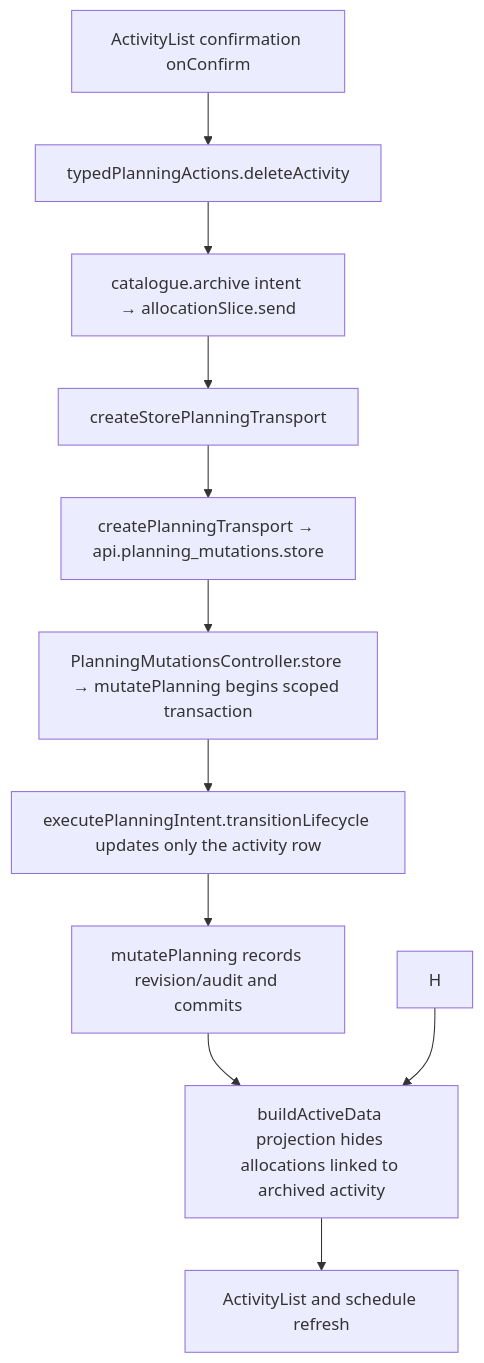
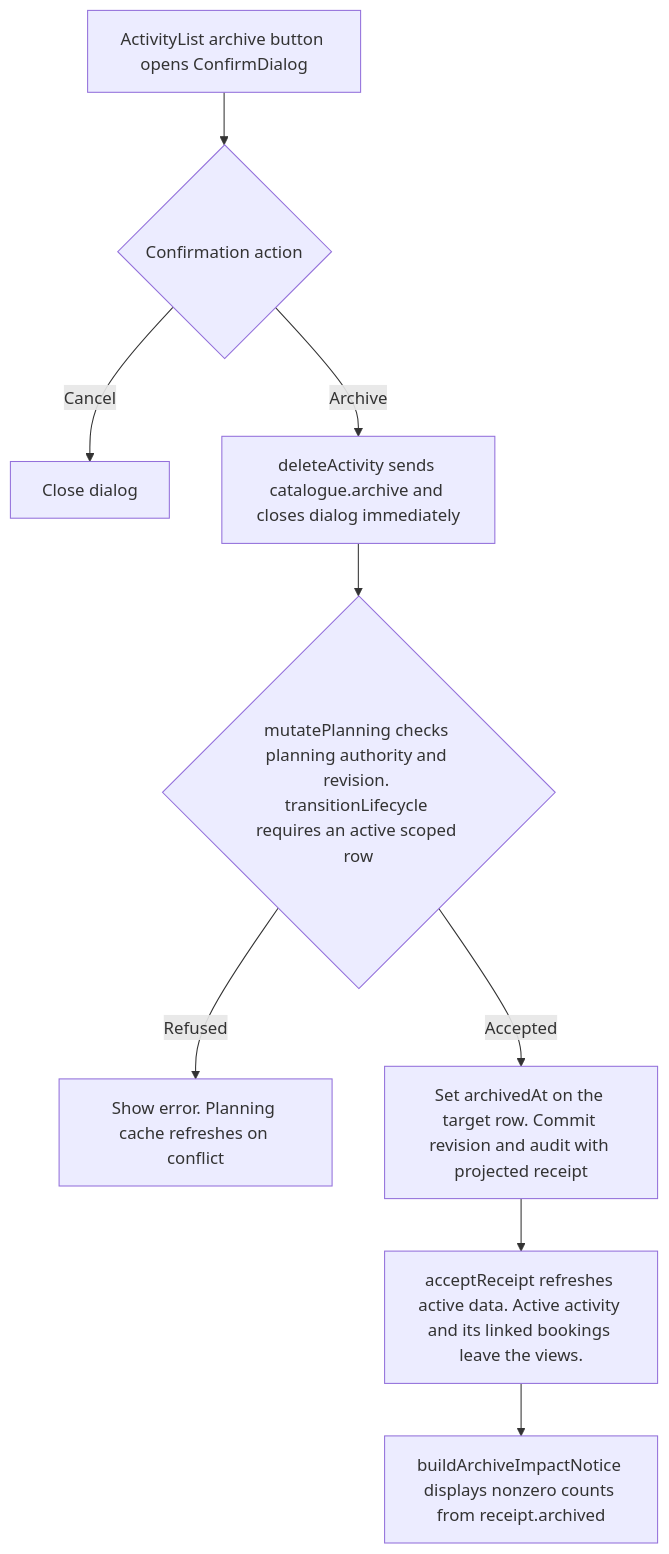
Before and after one commit to Kevinjohn/capacitylens: the second of 2 diagrams in user-stories/activities/US-ACT-04-delete-activity-cascade.md, drawn with Mermaid. The commit also changed other lines of this file and 172 other files, not shown here.

Commit message:
docs: reconcile user story code flows with source

````diff
--- a/user-stories/activities/US-ACT-04-delete-activity-cascade.md
+++ b/user-stories/activities/US-ACT-04-delete-activity-cascade.md
@@ -30,8 +30,11 @@
 ```mermaid
 flowchart TD
-  A["ActivityList confirmation onConfirm"] --> B["typedPlanningActions.deleteActivity"] --> C["catalogue.archive intent → allocationSlice.send"]
-  C --> D["createStorePlanningTransport"]
-  D --> E["createPlanningTransport → api.planning_mutations.store"] --> F["PlanningMutationsController.store → mutatePlanning begins scoped transaction"] --> G["executePlanningIntent.transitionLifecycle updates only the activity row"] --> K["mutatePlanning records revision/audit and commits"]
-  K --> L["buildActiveData projection hides allocations linked to archived activity"] --> I["ActivityList and schedule refresh"]
-  H --> L
+  ENTRY["ActivityList archive button opens ConfirmDialog"] --> CHOICE{"Confirmation action"}
+  CHOICE -->|Cancel| CLOSE["Close dialog"]
+  CHOICE -->|Archive| SEND["deleteActivity sends catalogue.archive and closes dialog immediately"]
+  SEND --> SERVER{"mutatePlanning checks planning authority and revision. transitionLifecycle requires an active scoped row"}
+  SERVER -->|Refused| ERROR["Show error. Planning cache refreshes on conflict"]
+  SERVER -->|Accepted| WRITE["Set archivedAt on the target row. Commit revision and audit with projected receipt"]
+  WRITE --> NEXT["acceptReceipt refreshes active data. Active activity and its linked bookings leave the views."]
+  NEXT --> IMPACT["buildArchiveImpactNotice displays nonzero counts from receipt.archived"]
 ```
````
